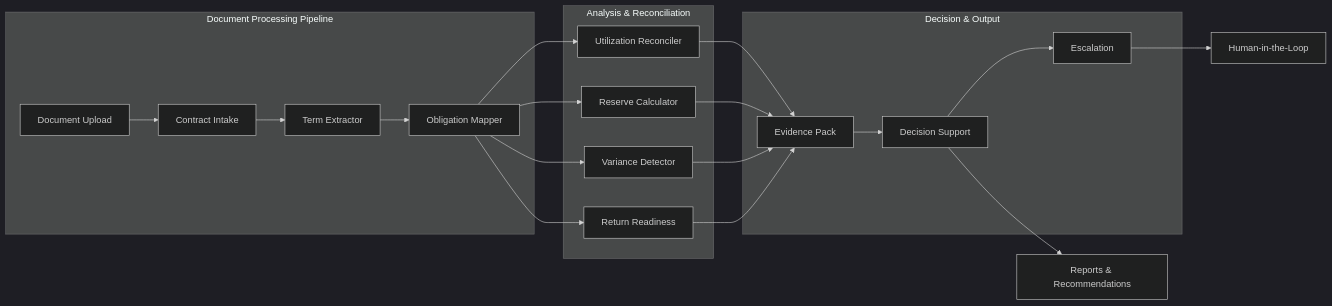
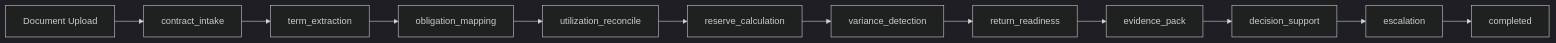
One commit to rh-ai-quickstart/Agentic-Lease-Management-and-Reconciliation-with-Codvo changed the second of 3 diagrams in docs/ARCHITECTURE.md. Above: the diagram before and after it, drawn with Mermaid (dark theme). The commit also changed other lines of this file, not shown here.

First line of the commit message:
docs(architecture): rewrite to match actual CRC deployment

````diff
--- a/docs/ARCHITECTURE.md
+++ b/docs/ARCHITECTURE.md
@@ -190,24 +152,14 @@
 ```mermaid
 graph LR
-    subgraph "Document Processing Pipeline"
-        DOC[Document Upload] --> A1[Contract Intake]
-        A1 --> A2[Term Extractor]
-        A2 --> A3[Obligation Mapper]
-    end
-
-    subgraph "Analysis & Reconciliation"
-        A3 --> A4[Utilization Reconciler]
-        A3 --> A5[Reserve Calculator]
-        A3 --> A6[Variance Detector]
-        A3 --> A7[Return Readiness]
-    end
-
-    subgraph "Decision & Output"
-        A4 & A5 & A6 & A7 --> A8[Evidence Pack]
-        A8 --> A9[Decision Support]
-        A9 --> A10[Escalation]
-    end
-
-    A9 --> OUTPUT[Reports & Recommendations]
-    A10 --> HUMAN[Human-in-the-Loop]
+    UPLOAD[Document Upload] --> A1
+    A1[contract_intake] --> A2[term_extraction]
+    A2 --> A3[obligation_mapping]
+    A3 --> A4[utilization_reconcile]
+    A4 --> A5[reserve_calculation]
+    A5 --> A6[variance_detection]
+    A6 --> A7[return_readiness]
+    A7 --> A8[evidence_pack]
+    A8 --> A9[decision_support]
+    A9 --> A10[escalation]
+    A10 --> DONE[completed]
 ```
````
